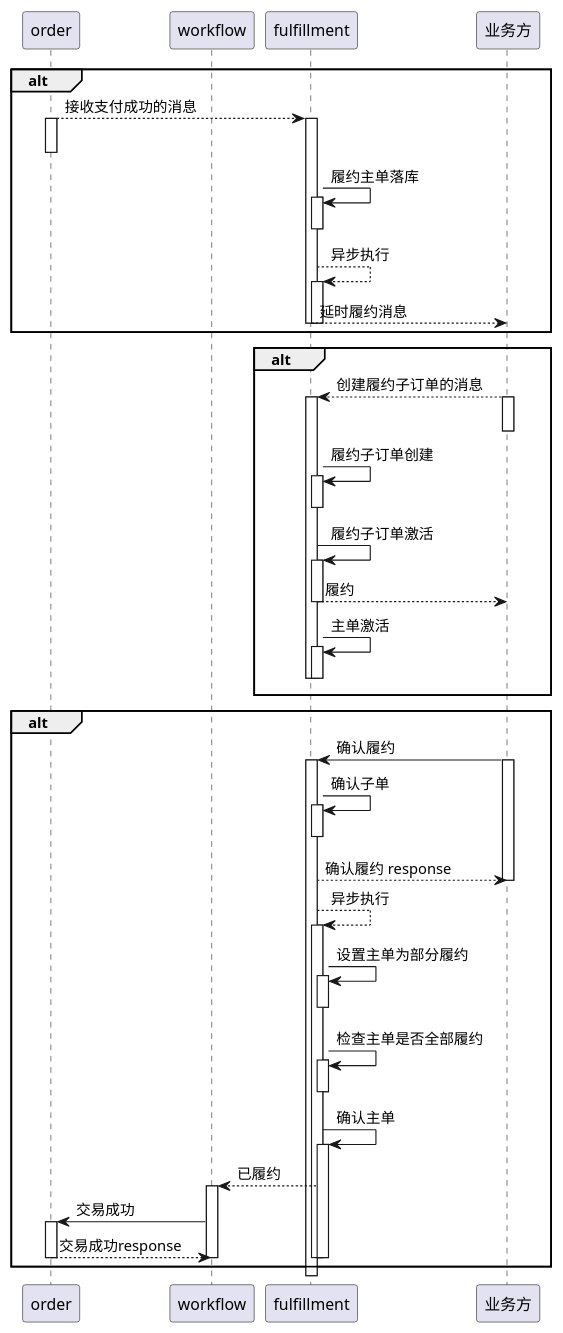
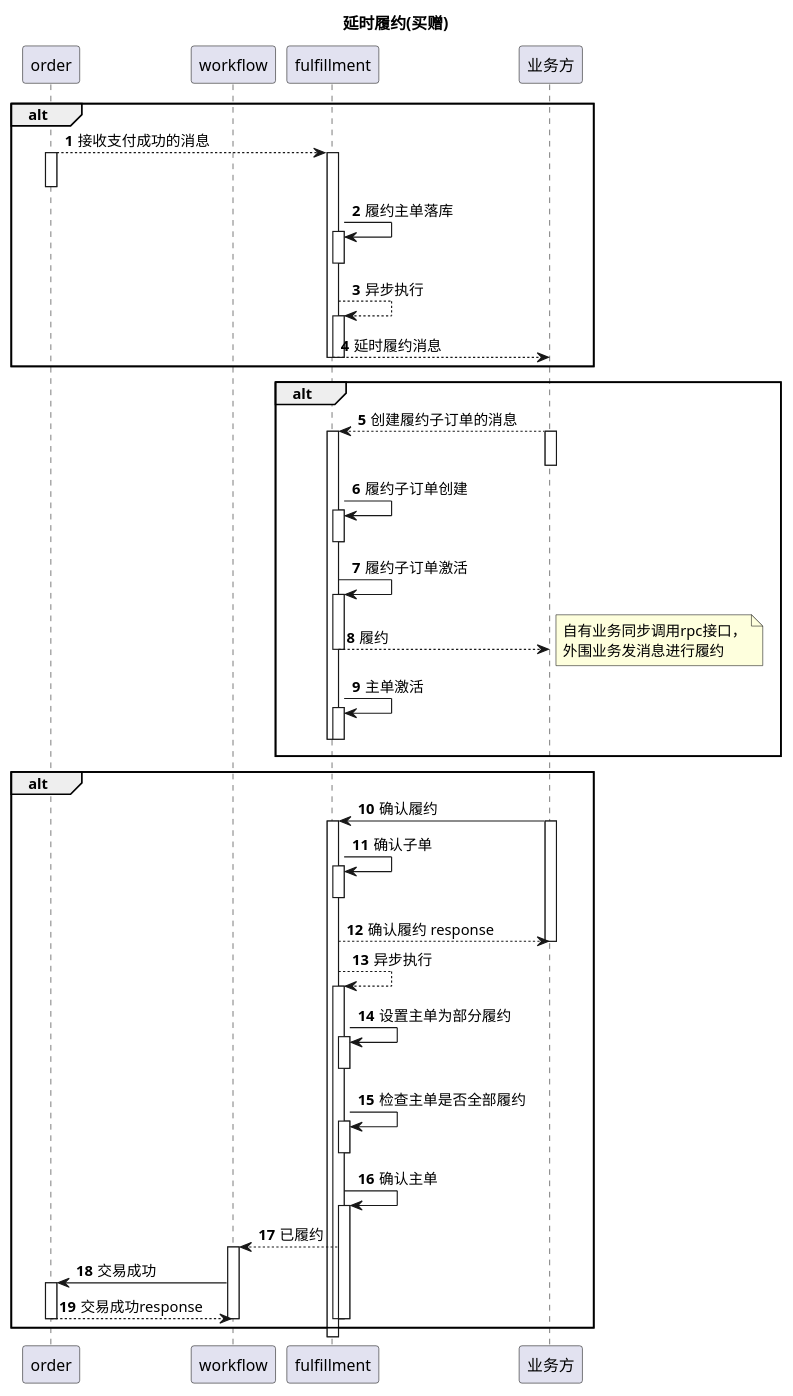
The diagram in UMLDemo/src/main/uml/买赠.puml (avords/lmmDemo), drawn with PlantUML before and after one commit. The commit also changed 4 other files, not shown here.

```diff
--- a/UMLDemo/src/main/uml/买赠.puml
+++ b/UMLDemo/src/main/uml/买赠.puml
@@ -1,86 +1,92 @@
 @startuml
+title 延时履约(买赠)
+autonumber
 participant order
 participant workflow
 participant fulfillment
 participant 业务方
 
 alt
 order --> fulfillment:接收支付成功的消息
 activate order
 deactivate order
 
 activate fulfillment
 
 fulfillment -> fulfillment:履约主单落库
 activate fulfillment
 deactivate fulfillment
 
 fulfillment --> fulfillment:异步执行
 activate fulfillment
 fulfillment --> 业务方:延时履约消息
 deactivate fulfillment
 
 deactivate fulfillment
 end
 
 alt
 业务方-->fulfillment:创建履约子订单的消息
 activate 业务方
 deactivate 业务方
 
 activate fulfillment
 
 fulfillment -> fulfillment:履约子订单创建
 activate fulfillment
 deactivate fulfillment
 
 fulfillment -> fulfillment:履约子订单激活
 activate fulfillment
 fulfillment --> 业务方:履约
+note right
+自有业务同步调用rpc接口，
+外围业务发消息进行履约
+end note
 deactivate fulfillment
 
 fulfillment -> fulfillment:主单激活
 activate fulfillment
 deactivate fulfillment
 
 deactivate fulfillment
 end
 
 alt
 业务方 -> fulfillment:确认履约
 activate 业务方
 
 activate fulfillment
 
 fulfillment -> fulfillment:确认子单
 activate fulfillment
 deactivate fulfillment
 
 fulfillment --> 业务方:确认履约 response
 deactivate 业务方
 
 fulfillment --> fulfillment:异步执行
 activate fulfillment
 fulfillment -> fulfillment:设置主单为部分履约
 activate fulfillment
 deactivate fulfillment
 
 fulfillment -> fulfillment:检查主单是否全部履约
 activate fulfillment
 deactivate fulfillment
 
 fulfillment -> fulfillment:确认主单
 activate fulfillment
 fulfillment-->workflow:已履约
 activate workflow
 workflow -> order:交易成功
 activate order
 order-->workflow:交易成功response
 deactivate order
 deactivate workflow
 deactivate fulfillment
 
 deactivate fulfillment
 end
 
 @enduml
```
